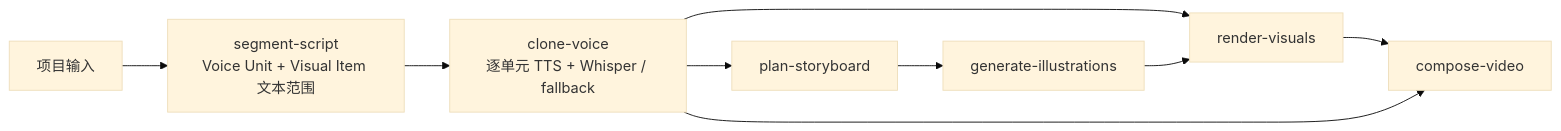
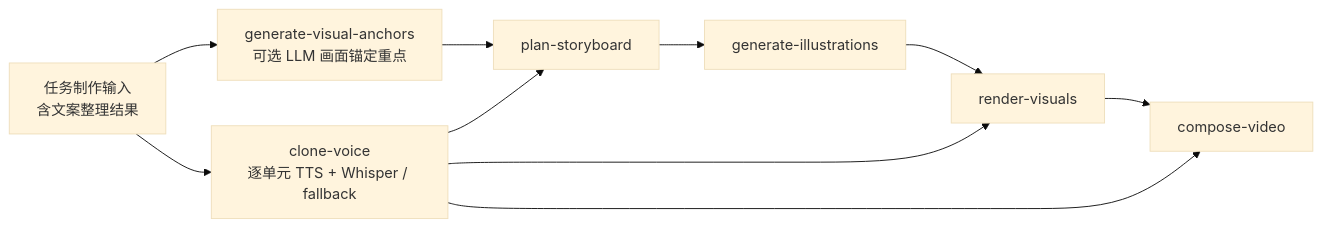
The second of 2 diagrams in docs/Mountain/02-target-architecture.md (degyang/cs-board), drawn with Mermaid (base theme) before and after one commit. The commit also changed other lines of this file and 14 other files, not shown here.

````diff
--- a/docs/Mountain/02-target-architecture.md
+++ b/docs/Mountain/02-target-architecture.md
@@ -277,11 +277,12 @@
 ```mermaid
 flowchart LR
-    Input[项目输入] --> Segment[segment-script<br/>Voice Unit + Visual Item 文本范围]
-    Segment --> Voice[clone-voice<br/>逐单元 TTS + Whisper / fallback]
+    Input[任务制作输入<br/>含文案整理结果] --> Anchor[generate-visual-anchors<br/>可选 LLM 画面锚定重点]
+    Input --> Voice[clone-voice<br/>逐单元 TTS + Whisper / fallback]
+    Anchor --> Storyboard[plan-storyboard]
     Voice --> Storyboard[plan-storyboard]
     Storyboard --> Illustration[generate-illustrations]
     Voice --> Render[render-visuals]
     Illustration --> Render
     Render --> Compose[compose-video]
     Voice --> Compose
 ```
````
